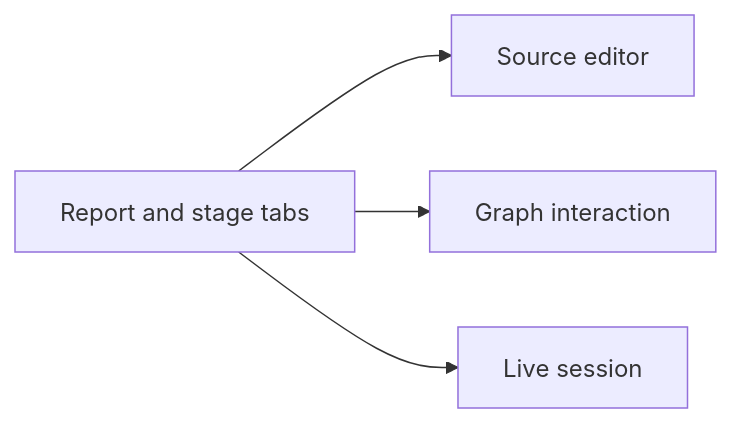
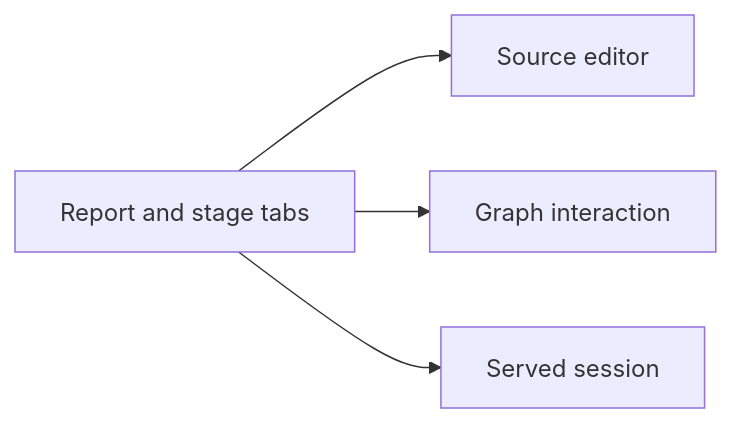
Before and after one commit to pengzhengyi/dialoguedown: the third of 3 diagrams in docs/contributing/design-notes/README.md, drawn with Mermaid. The commit also changed other lines of this file and 124 other files, not shown here.

````diff
--- a/docs/contributing/design-notes/README.md
+++ b/docs/contributing/design-notes/README.md
@@ -213,6 +196,6 @@
 ```mermaid
 flowchart LR
     RP["Report and stage tabs"] --> ED["Source editor"]
     RP --> GR["Graph interaction"]
-    RP --> LS["Live session"]
+    RP --> SS["Served session"]
 ```
````
